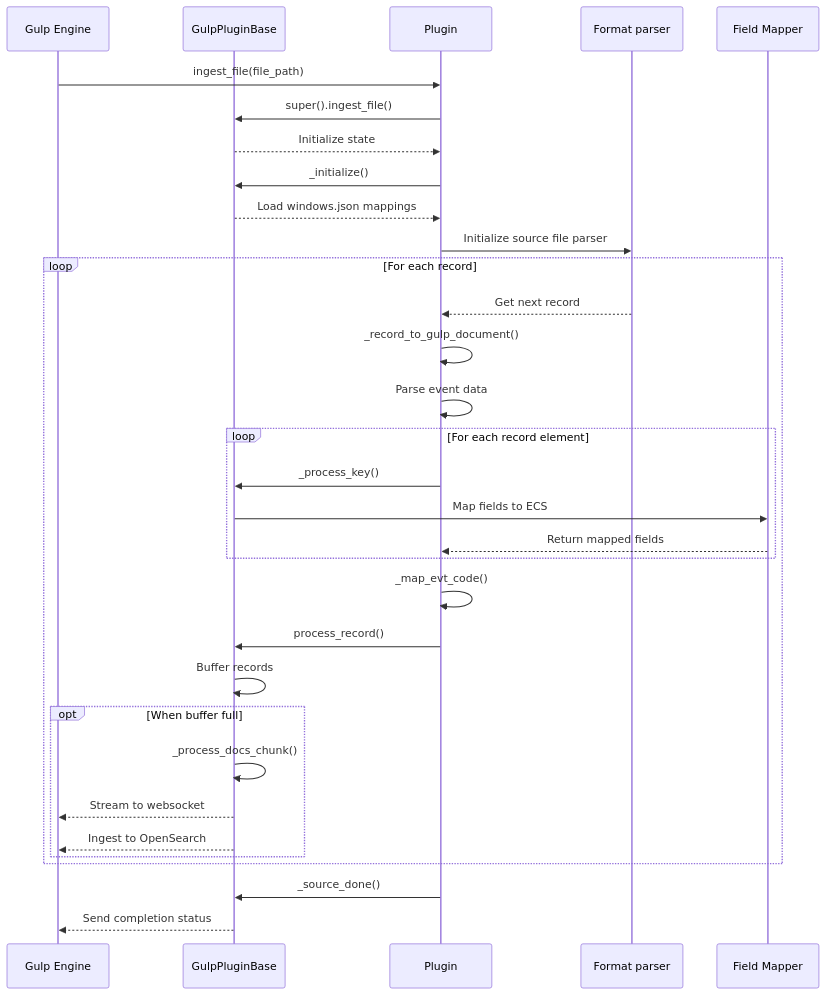
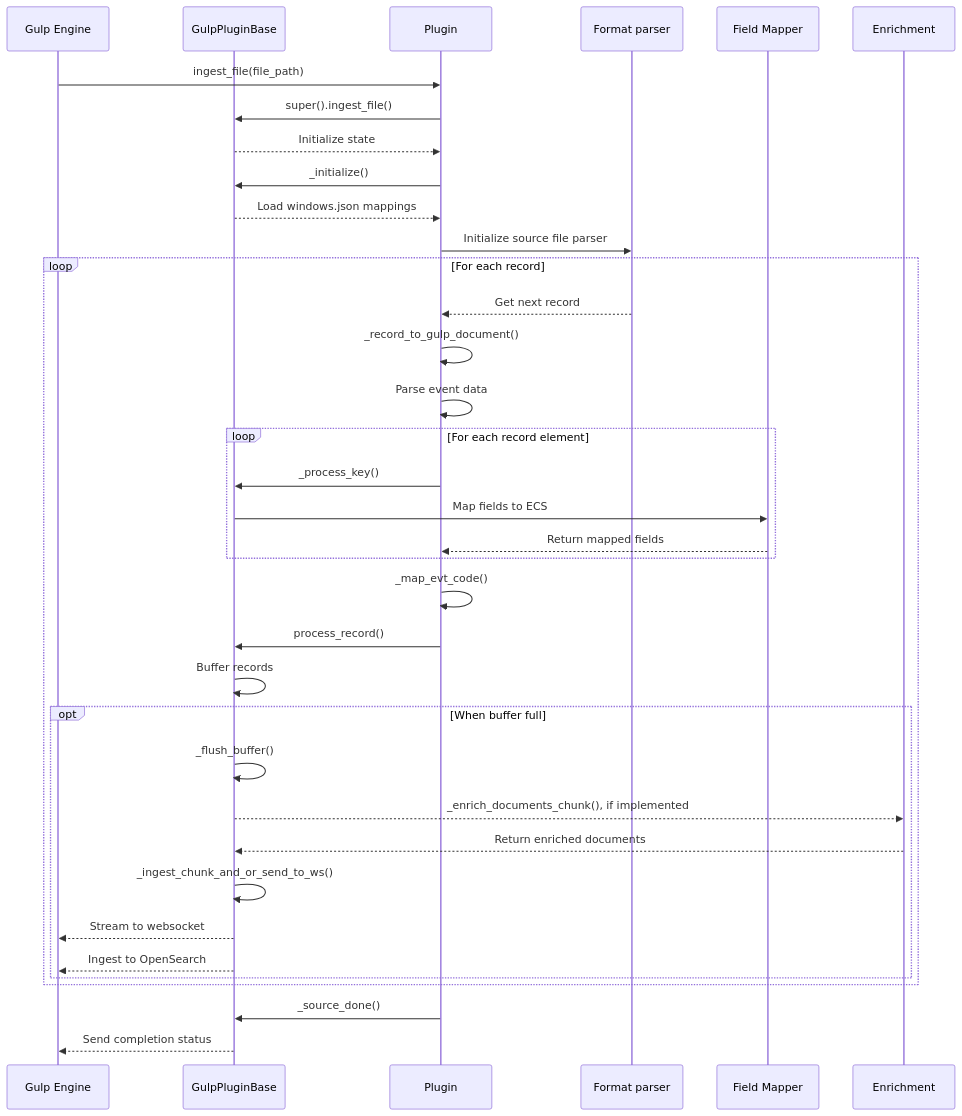
The first of 4 diagrams in docs/Creating Plugins.md (mentat-is/gulp), drawn with Mermaid before and after one commit. The commit also changed other lines of this file and 26 other files, not shown here.

```diff
--- a/docs/Creating Plugins.md
+++ b/docs/Creating Plugins.md
@@ -124,40 +134,44 @@
 ~~~mermaid
 sequenceDiagram
     participant Engine as Gulp Engine
     participant Base as GulpPluginBase  
     participant Plugin as Plugin
     participant Parser as Format parser
     participant Mapper as Field Mapper
+    participant Enrich as Enrichment
 
     Engine->>Plugin: ingest_file(file_path)
     Plugin->>Base: super().ingest_file()
     Base-->>Plugin: Initialize state
     Plugin->>Base: _initialize()
     Base-->>Plugin: Load windows.json mappings
     
     Plugin->>Parser: Initialize source file parser
     
     loop For each record
         Parser-->>Plugin: Get next record
         Plugin->>Plugin: _record_to_gulp_document()
         Plugin->>Plugin: Parse event data
         
         loop For each record element
             Plugin->>Base: _process_key()
             Base->>Mapper: Map fields to ECS
             Mapper-->>Plugin: Return mapped fields
         end
         
         Plugin->>Plugin: _map_evt_code()
         Plugin->>Base: process_record()
         Base->>Base: Buffer records
         opt When buffer full
-            Base->>Base: _process_docs_chunk()
+            Base->>Base: _flush_buffer()
+            Base-->>Enrich: _enrich_documents_chunk(), if implemented
+            Enrich-->>Base: Return enriched documents
+            Base->>Base: _ingest_chunk_and_or_send_to_ws()
             Base-->>Engine: Stream to websocket
             Base-->>Engine: Ingest to OpenSearch
         end
     end
     
     Plugin->>Base: _source_done()
     Base-->>Engine: Send completion status
 ~~~
```
